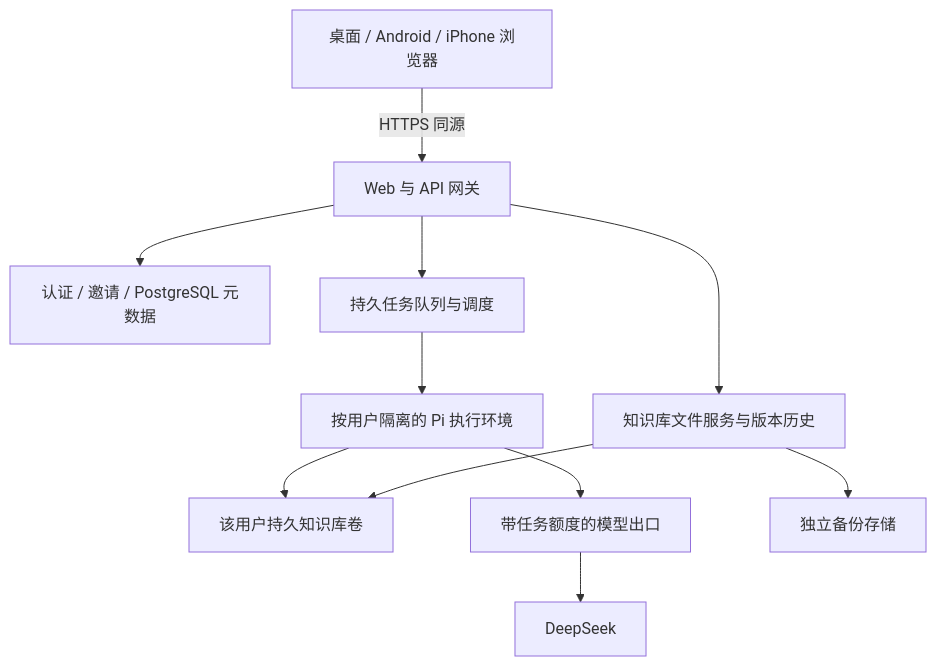
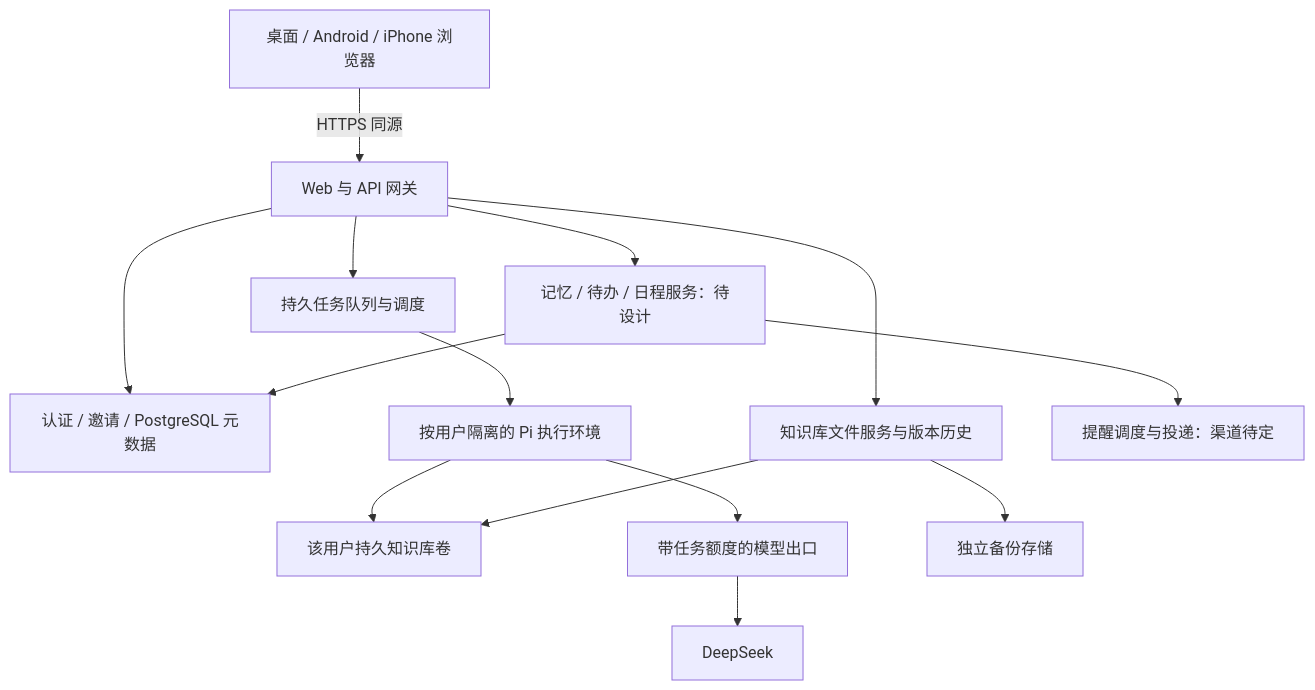
Before and after one commit to keanrain/corilo: the diagram in docs/TECHNICAL_DESIGN.md, drawn with Mermaid. The commit also changed other lines of this file and 7 other files, not shown here.

````diff
--- a/docs/TECHNICAL_DESIGN.md
+++ b/docs/TECHNICAL_DESIGN.md
@@ -7,13 +7,16 @@
 ```mermaid
 flowchart TD
     A[桌面 / Android / iPhone 浏览器] -->|HTTPS 同源| B[Web 与 API 网关]
     B --> C[认证 / 邀请 / PostgreSQL 元数据]
     B --> D[知识库文件服务与版本历史]
     B --> E[持久任务队列与调度]
     E --> F[按用户隔离的 Pi 执行环境]
     F --> G[该用户持久知识库卷]
     D --> G
     F --> H[带任务额度的模型出口]
     H --> I[DeepSeek]
     D --> J[独立备份存储]
+    B --> K[记忆 / 待办 / 日程服务：待设计]
+    K --> C
+    K --> L[提醒调度与投递：渠道待定]
 ```
````
